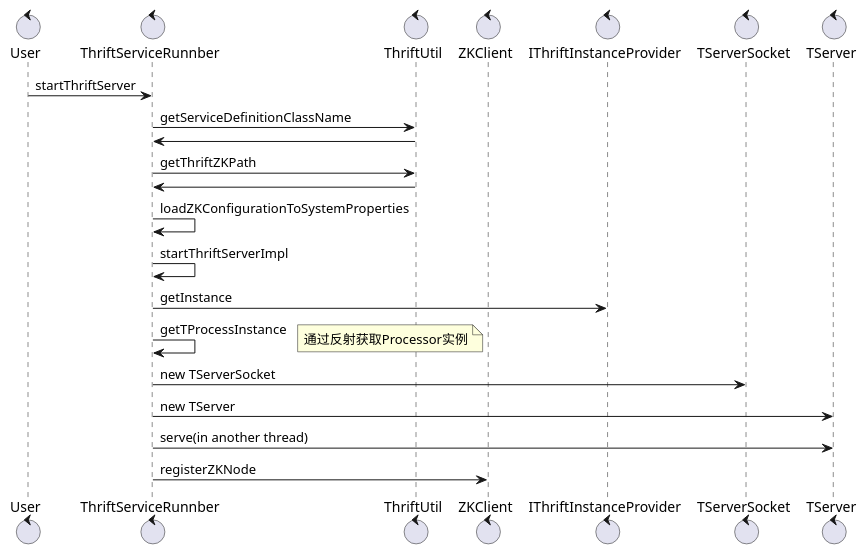
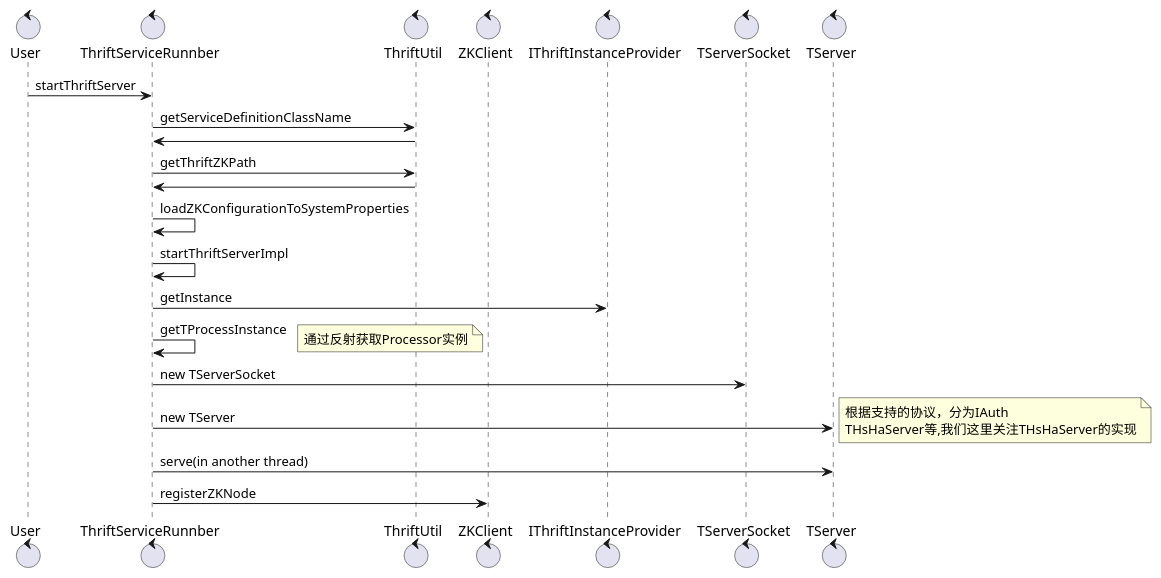
Before and after one commit to whiteskyline/graphs: the diagram in thrift/thrift-server-start.pu, drawn with PlantUML. The commit also changed 4 other files, not shown here.

Commit message:
update graphs

```diff
--- a/thrift/thrift-server-start.pu
+++ b/thrift/thrift-server-start.pu
@@ -1,35 +1,39 @@
 @startuml
 
 control User as Us
 control ThriftServiceRunnber as Tsr
 control ThriftUtil as Tu
 control ZKClient as Zc
 control IThriftInstanceProvider as Itip
 control TServerSocket as Tss
 control TServer as Ts
 
 Us -> Tsr: startThriftServer
 
 Tsr -> Tu: getServiceDefinitionClassName
 Tsr <- Tu
 
 Tsr -> Tu: getThriftZKPath
 Tsr <- Tu
 
 Tsr -> Tsr: loadZKConfigurationToSystemProperties
 
 Tsr -> Tsr: startThriftServerImpl
 Tsr -> Itip: getInstance
 Tsr -> Tsr: getTProcessInstance
 note right
 通过反射获取Processor实例
 end note
 
 Tsr -> Tss: new TServerSocket
 Tsr -> Ts:  new TServer
+note right
+根据支持的协议，分为IAuth
+THsHaServer等,我们这里关注THsHaServer的实现
+end note
 
 Tsr -> Ts: serve(in another thread)
 
 Tsr -> Zc: registerZKNode
 
 @enduml
```
